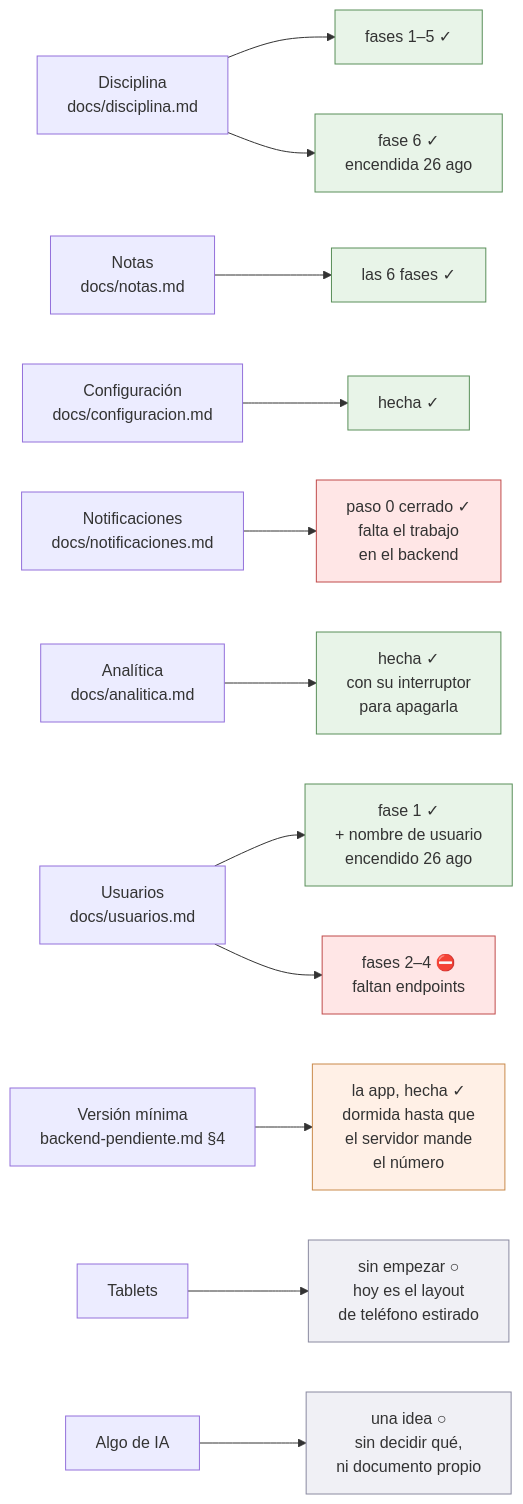
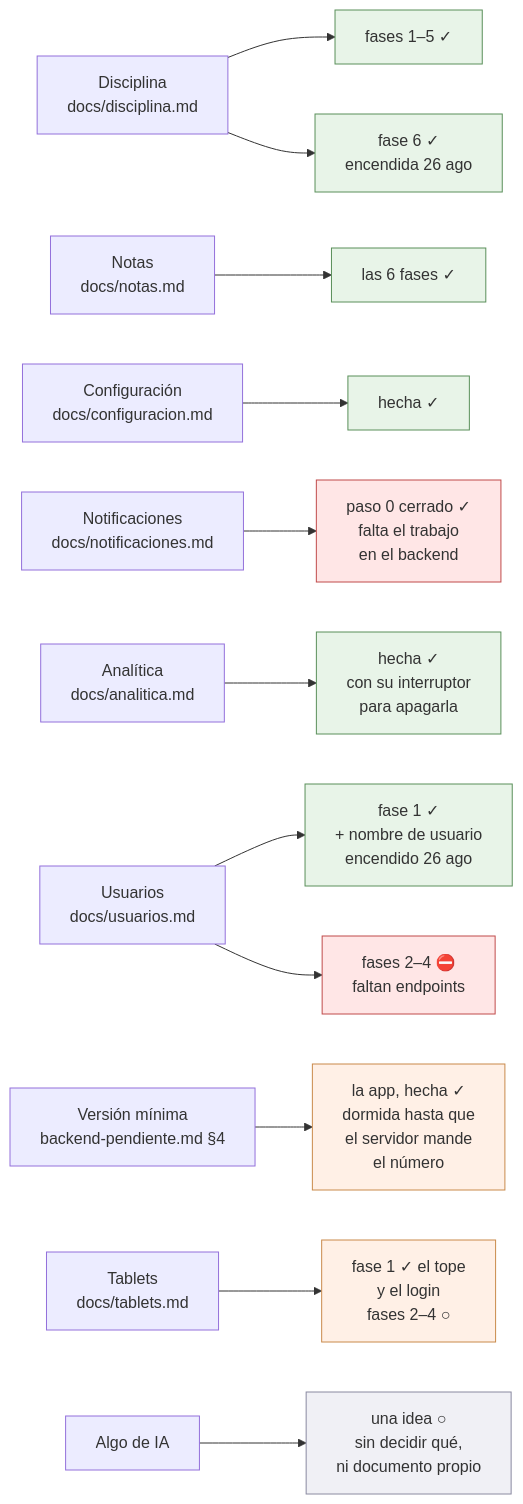
Before and after one commit to bluesky777/myvc_flutter: the diagram in docs/estado.md, drawn with Mermaid. The commit also changed other lines of this file and 6 other files, not shown here.

First line of the commit message:
feat(tablets): el tope de ancho, y el login deja de estirarse

````diff
--- a/docs/estado.md
+++ b/docs/estado.md
@@ -40,26 +40,26 @@
 ```mermaid
 flowchart LR
     D["Disciplina<br/>docs/disciplina.md"] --> D5["fases 1–5 ✓"]
     D --> D6["fase 6 ✓<br/>encendida 26 ago"]
     N["Notas<br/>docs/notas.md"] --> N4["las 6 fases ✓"]
     C["Configuración<br/>docs/configuracion.md"] --> C0["hecha ✓"]
     P["Notificaciones<br/>docs/notificaciones.md"] --> P0["paso 0 cerrado ✓<br/>falta el trabajo<br/>en el backend"]
     A["Analítica<br/>docs/analitica.md"] --> A0["hecha ✓<br/>con su interruptor<br/>para apagarla"]
     U["Usuarios<br/>docs/usuarios.md"] --> U1["fase 1 ✓<br/>+ nombre de usuario<br/>encendido 26 ago"]
     U --> U2["fases 2–4 ⛔<br/>faltan endpoints"]
     V["Versión mínima<br/>backend-pendiente.md §4"] --> V1["la app, hecha ✓<br/>dormida hasta que<br/>el servidor mande<br/>el número"]
-    T["Tablets"] --> T0["sin empezar ○<br/>hoy es el layout<br/>de teléfono estirado"]
+    T["Tablets<br/>docs/tablets.md"] --> T0["fase 1 ✓ el tope<br/>y el login<br/>fases 2–4 ○"]
     I["Algo de IA"] --> I0["una idea ○<br/>sin decidir qué,<br/>ni documento propio"]
 
     style D5 fill:#e8f4e8,stroke:#5a8f5a
     style N4 fill:#e8f4e8,stroke:#5a8f5a
     style D6 fill:#e8f4e8,stroke:#5a8f5a
     style P0 fill:#ffe6e6,stroke:#c04b4b
     style C0 fill:#e8f4e8,stroke:#5a8f5a
     style A0 fill:#e8f4e8,stroke:#5a8f5a
     style U1 fill:#e8f4e8,stroke:#5a8f5a
     style U2 fill:#ffe6e6,stroke:#c04b4b
     style V1 fill:#fff0e6,stroke:#c98a4b
-    style T0 fill:#f0f0f5,stroke:#8a8aa0
+    style T0 fill:#fff0e6,stroke:#c98a4b
     style I0 fill:#f0f0f5,stroke:#8a8aa0
 ```
````
